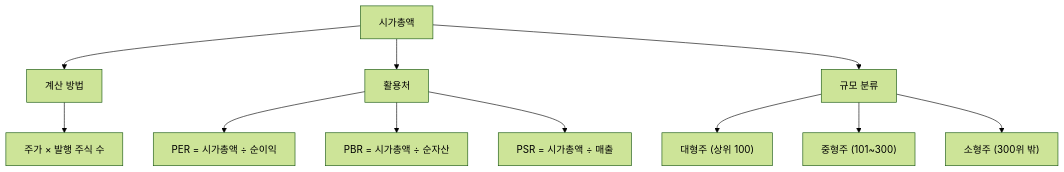
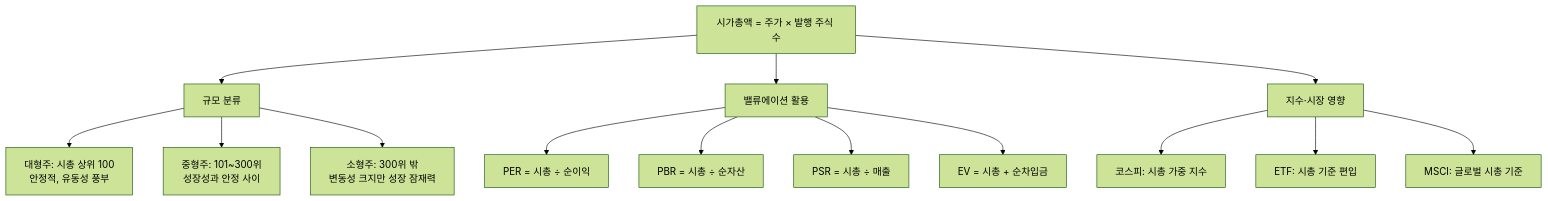
The diagram in content/stock-terms/ko/level-01-basic/market-cap.md (yeongseon/stock-visual-note), drawn with Mermaid (forest theme) before and after one commit. The commit also changed other lines of this file, not shown here.

````diff
--- a/content/stock-terms/ko/level-01-basic/market-cap.md
+++ b/content/stock-terms/ko/level-01-basic/market-cap.md
@@ -49,13 +65,21 @@
 ```mermaid
 graph TD
-    A["시가총액"] --> B["계산 방법"]
-    A --> C["활용처"]
-    A --> D["규모 분류"]
-    B --> B1["주가 × 발행 주식 수"]
-    C --> C1["PER = 시가총액 ÷ 순이익"]
-    C --> C2["PBR = 시가총액 ÷ 순자산"]
-    C --> C3["PSR = 시가총액 ÷ 매출"]
-    D --> D1["대형주 (상위 100)"]
-    D --> D2["중형주 (101~300)"]
-    D --> D3["소형주 (300위 밖)"]
+    A["시가총액 = 주가 × 발행 주식 수"]
+    
+    A --> B["규모 분류"]
+    A --> C["밸류에이션 활용"]
+    A --> D["지수·시장 영향"]
+    
+    B --> B1["대형주: 시총 상위 100<br/>안정적, 유동성 풍부"]
+    B --> B2["중형주: 101~300위<br/>성장성과 안정 사이"]
+    B --> B3["소형주: 300위 밖<br/>변동성 크지만 성장 잠재력"]
+    
+    C --> C1["PER = 시총 ÷ 순이익"]
+    C --> C2["PBR = 시총 ÷ 순자산"]
+    C --> C3["PSR = 시총 ÷ 매출"]
+    C --> C4["EV = 시총 + 순차입금"]
+    
+    D --> D1["코스피: 시총 가중 지수"]
+    D --> D2["ETF: 시총 기준 편입"]
+    D --> D3["MSCI: 글로벌 시총 기준"]
 ```
````
